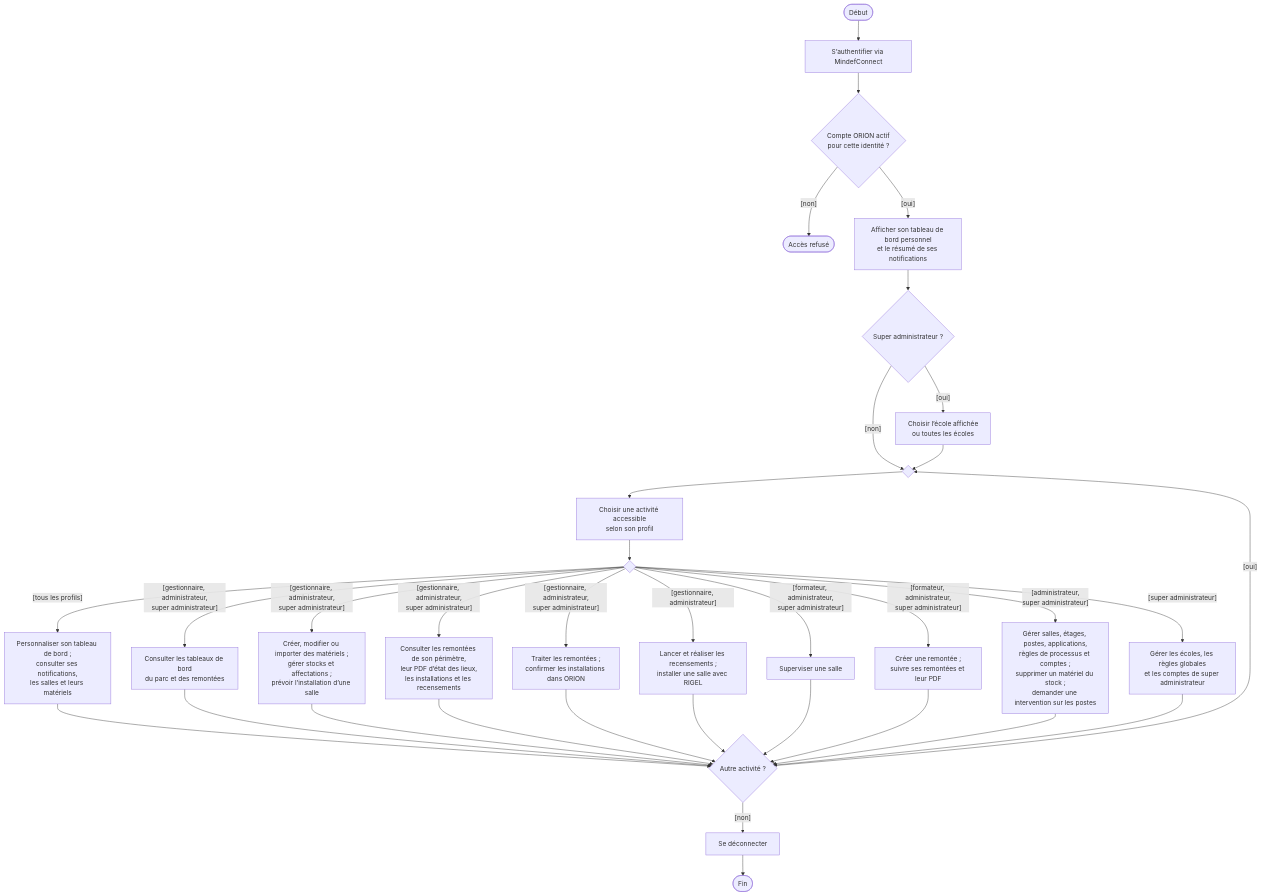
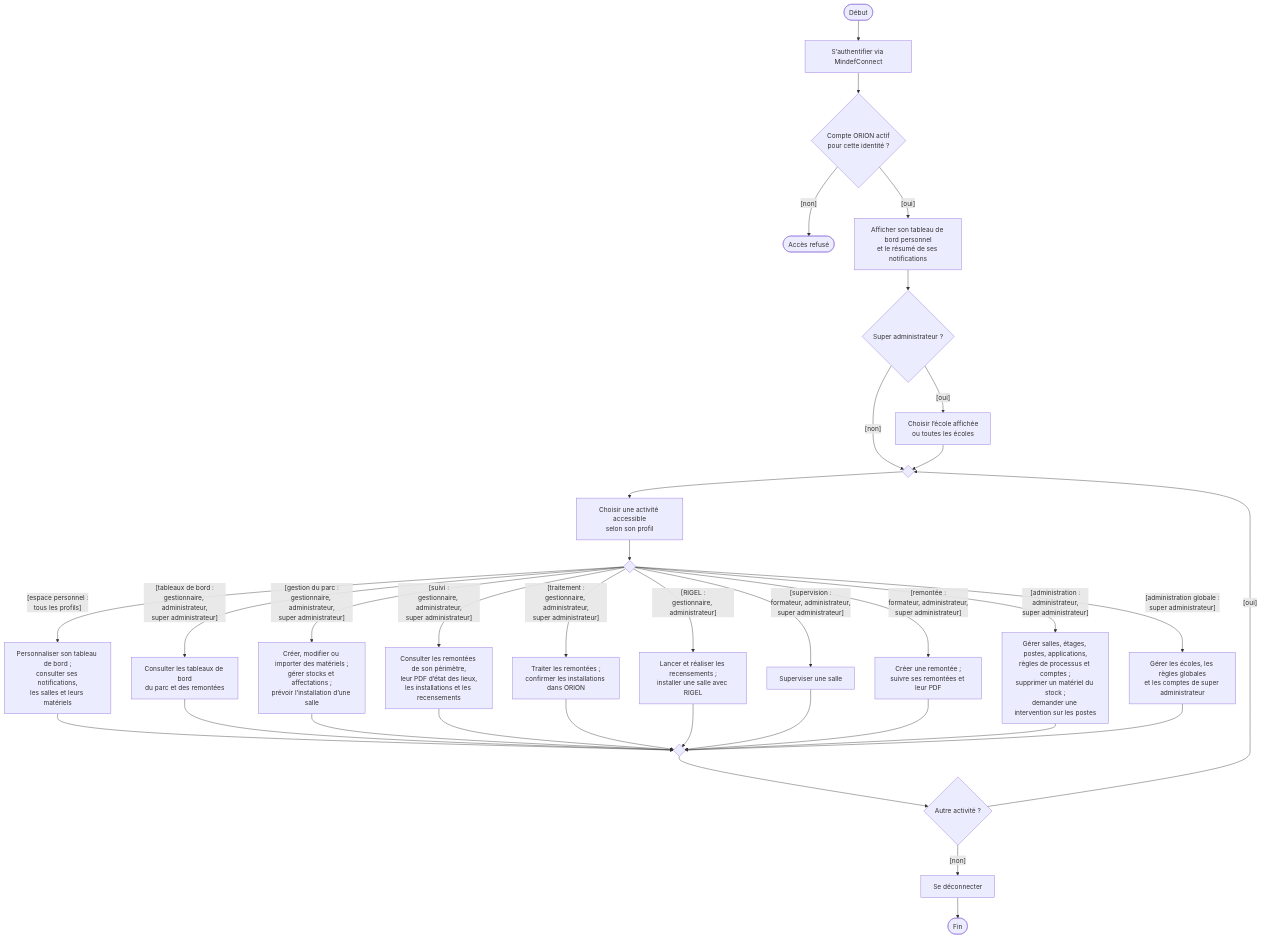
Before and after one commit to bpierrelouis/aster: the first of 10 diagrams in docs/02-ANALYSE/01-MODELISATION-METIER/02-DIAGRAMMES-ACTIVITE.md, drawn with Mermaid. The commit also changed other lines of this file and 20 other files, not shown here.

Commit message:
docs(diagrammes): corriger la notation et les multiplicités des diagrammes UML

````diff
--- a/docs/02-ANALYSE/01-MODELISATION-METIER/02-DIAGRAMMES-ACTIVITE.md
+++ b/docs/02-ANALYSE/01-MODELISATION-METIER/02-DIAGRAMMES-ACTIVITE.md
@@ -11,38 +11,39 @@
 ```mermaid
 flowchart TD
     debut(["Début"]) --> authentification["S’authentifier via MindefConnect"]
     authentification --> compte{"Compte ORION actif<br/>pour cette identité ?"}
     compte -->|"[non]"| refus(["Accès refusé"])
     compte -->|"[oui]"| accueil["Afficher son tableau de bord personnel<br/>et le résumé de ses notifications"]
     accueil --> profil{"Super administrateur ?"}
     profil -->|"[oui]"| ecole["Choisir l’école affichée<br/>ou toutes les écoles"]
     profil -->|"[non]"| fusion{" "}
     ecole --> fusion
     fusion --> choix["Choisir une activité accessible<br/>selon son profil"]
     choix --> activite{" "}
 
-    activite -->|"[tous les profils]"| personnel["Personnaliser son tableau de bord ;<br/>consulter ses notifications,<br/>les salles et leurs matériels"]
-    activite -->|"[gestionnaire, administrateur,<br/>super administrateur]"| bords["Consulter les tableaux de bord<br/>du parc et des remontées"]
-    activite -->|"[gestionnaire, administrateur,<br/>super administrateur]"| parc["Créer, modifier ou importer des matériels ;<br/>gérer stocks et affectations ;<br/>prévoir l’installation d’une salle"]
-    activite -->|"[gestionnaire, administrateur,<br/>super administrateur]"| suivi["Consulter les remontées de son périmètre,<br/>leur PDF d’état des lieux,<br/>les installations et les recensements"]
-    activite -->|"[gestionnaire, administrateur,<br/>super administrateur]"| traitement["Traiter les remontées ;<br/>confirmer les installations dans ORION"]
-    activite -->|"[gestionnaire, administrateur]"| rigel["Lancer et réaliser les recensements ;<br/>installer une salle avec RIGEL"]
-    activite -->|"[formateur, administrateur,<br/>super administrateur]"| supervision["Superviser une salle"]
-    activite -->|"[formateur, administrateur,<br/>super administrateur]"| remontee["Créer une remontée ;<br/>suivre ses remontées et leur PDF"]
-    activite -->|"[administrateur,<br/>super administrateur]"| administration["Gérer salles, étages, postes, applications,<br/>règles de processus et comptes ;<br/>supprimer un matériel du stock ;<br/>demander une intervention sur les postes"]
-    activite -->|"[super administrateur]"| global["Gérer les écoles, les règles globales<br/>et les comptes de super administrateur"]
+    activite -->|"[espace personnel :<br/>tous les profils]"| personnel["Personnaliser son tableau de bord ;<br/>consulter ses notifications,<br/>les salles et leurs matériels"]
+    activite -->|"[tableaux de bord :<br/>gestionnaire, administrateur,<br/>super administrateur]"| bords["Consulter les tableaux de bord<br/>du parc et des remontées"]
+    activite -->|"[gestion du parc :<br/>gestionnaire, administrateur,<br/>super administrateur]"| parc["Créer, modifier ou importer des matériels ;<br/>gérer stocks et affectations ;<br/>prévoir l’installation d’une salle"]
+    activite -->|"[suivi :<br/>gestionnaire, administrateur,<br/>super administrateur]"| suivi["Consulter les remontées de son périmètre,<br/>leur PDF d’état des lieux,<br/>les installations et les recensements"]
+    activite -->|"[traitement :<br/>gestionnaire, administrateur,<br/>super administrateur]"| traitement["Traiter les remontées ;<br/>confirmer les installations dans ORION"]
+    activite -->|"[RIGEL :<br/>gestionnaire, administrateur]"| rigel["Lancer et réaliser les recensements ;<br/>installer une salle avec RIGEL"]
+    activite -->|"[supervision :<br/>formateur, administrateur,<br/>super administrateur]"| supervision["Superviser une salle"]
+    activite -->|"[remontée :<br/>formateur, administrateur,<br/>super administrateur]"| remontee["Créer une remontée ;<br/>suivre ses remontées et leur PDF"]
+    activite -->|"[administration :<br/>administrateur,<br/>super administrateur]"| administration["Gérer salles, étages, postes, applications,<br/>règles de processus et comptes ;<br/>supprimer un matériel du stock ;<br/>demander une intervention sur les postes"]
+    activite -->|"[administration globale :<br/>super administrateur]"| global["Gérer les écoles, les règles globales<br/>et les comptes de super administrateur"]
 
-    personnel --> autre{"Autre activité ?"}
-    bords --> autre
-    parc --> autre
-    suivi --> autre
-    traitement --> autre
-    rigel --> autre
-    supervision --> autre
-    remontee --> autre
-    administration --> autre
-    global --> autre
+    personnel --> fusionAutre{" "}
+    bords --> fusionAutre
+    parc --> fusionAutre
+    suivi --> fusionAutre
+    traitement --> fusionAutre
+    rigel --> fusionAutre
+    supervision --> fusionAutre
+    remontee --> fusionAutre
+    administration --> fusionAutre
+    global --> fusionAutre
+    fusionAutre --> autre{"Autre activité ?"}
     autre -->|"[oui]"| fusion
     autre -->|"[non]"| deconnexion["Se déconnecter"]
     deconnexion --> fin(["Fin"])
 ```
````
